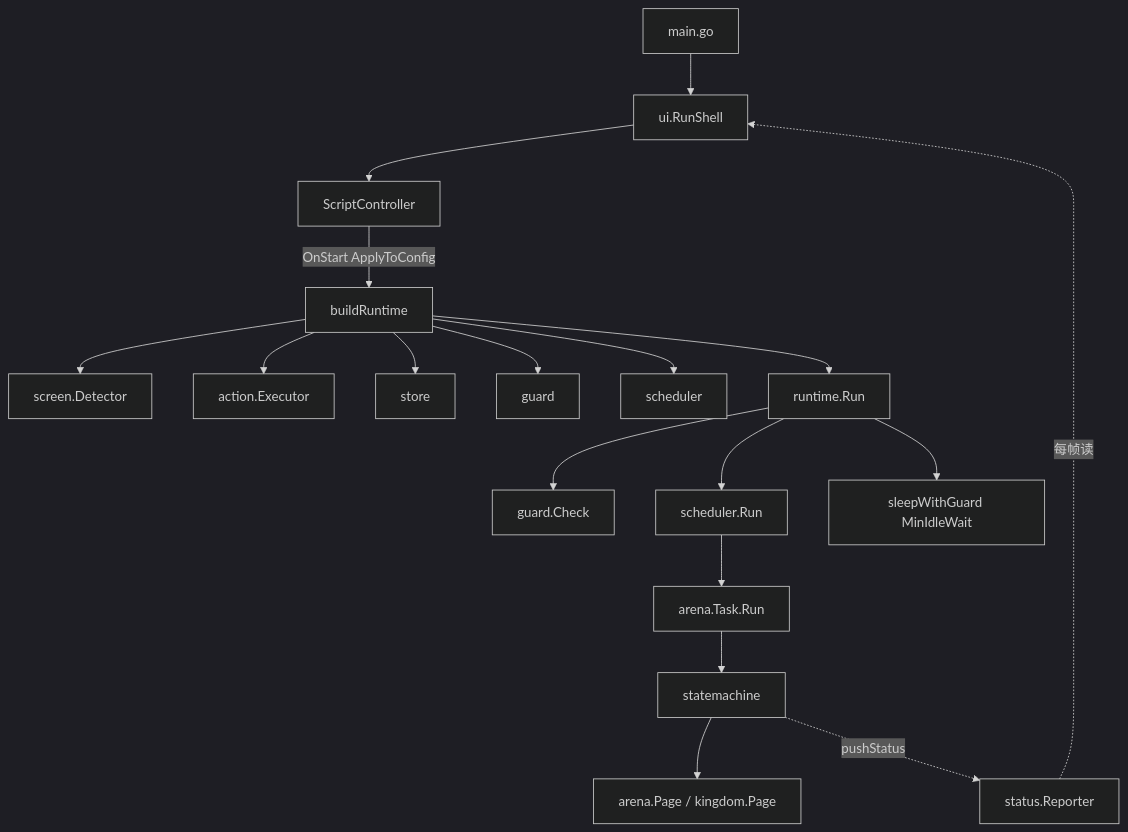
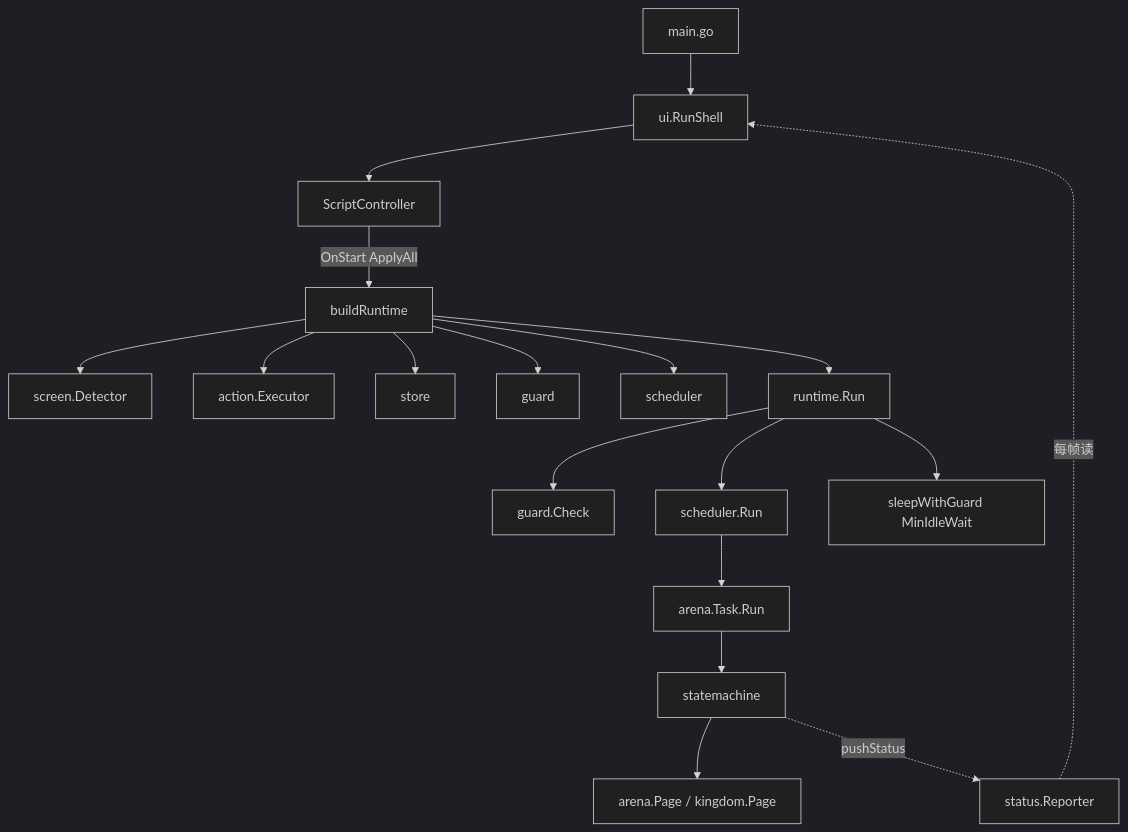
Before and after one commit to sunnng/shuaibin-cookie-go: the first of 2 diagrams in docs/开发手册.md, drawn with Mermaid (dark theme). The commit also changed other lines of this file and 2 other files, not shown here.

````diff
--- a/docs/开发手册.md
+++ b/docs/开发手册.md
@@ -30,20 +30,20 @@
 ```mermaid
 flowchart TD
   main[main.go] --> shell[ui.RunShell]
   shell --> ctrl[ScriptController]
-  ctrl -->|OnStart ApplyToConfig| build[buildRuntime]
+  ctrl -->|OnStart ApplyAll| build[buildRuntime]
   build --> det[screen.Detector]
   build --> exec[action.Executor]
   build --> store[store]
   build --> guard[guard]
   build --> sched[scheduler]
   build --> rt[runtime.Run]
   rt --> gCheck[guard.Check]
   rt --> sRun[scheduler.Run]
   rt --> idle[sleepWithGuard MinIdleWait]
   sRun --> arena[arena.Task.Run]
   arena --> sm[statemachine]
   sm --> page[arena.Page / kingdom.Page]
   sm -.pushStatus.-> st[status.Reporter]
   st -.每帧读.-> shell
 ```
````
